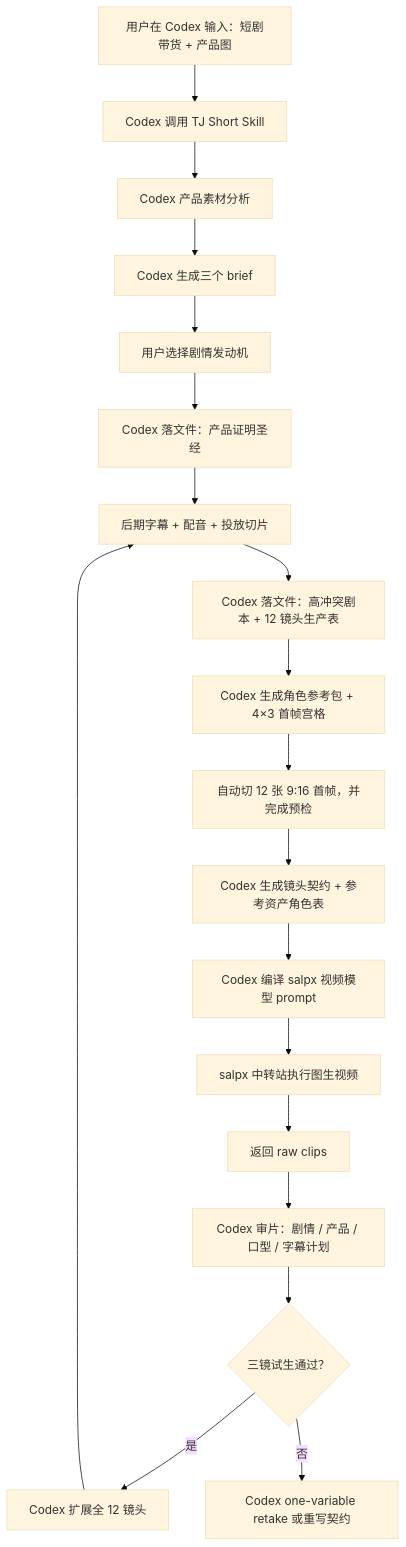
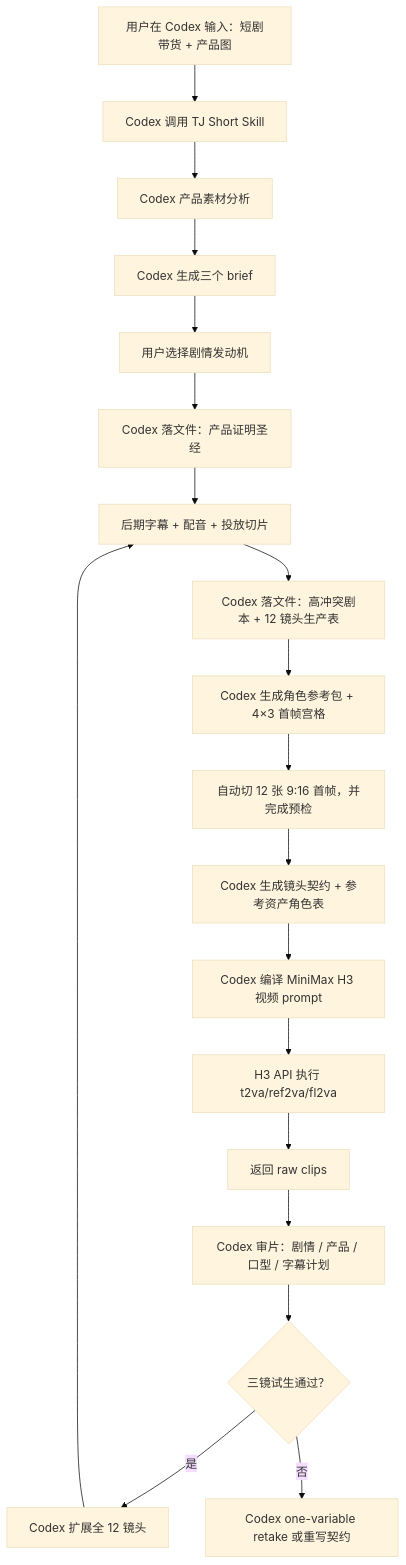
One commit to tttg2010/tj-short changed the diagram in README.md. Above: the diagram before and after it, drawn with Mermaid (base theme). The commit also changed other lines of this file and 10 other files, not shown here.

````diff
--- a/README.md
+++ b/README.md
@@ -170,21 +197,21 @@
 ```mermaid
 flowchart TD
   A["用户在 Codex 输入：短剧带货 + 产品图"] --> B["Codex 调用 TJ Short Skill"]
   B --> C["Codex 产品素材分析"]
   C --> D["Codex 生成三个 brief"]
   D --> E["用户选择剧情发动机"]
   E --> F["Codex 落文件：产品证明圣经"]
   F --> R["Codex 建立四库：角色 / 场景 / 产品道具 / 证据"]
   R --> G["Codex 落文件：高冲突剧本 + 12 镜头生产表"]
   G --> H["Codex 生成角色参考包 + 4×3 首帧宫格"]
   H --> I["自动切 12 张 9:16 首帧，并完成预检"]
   I --> J["Codex 生成镜头契约 + 参考资产角色表"]
-  J --> K["Codex 编译 salpx 视频模型 prompt"]
-  K --> L["salpx 中转站执行图生视频"]
+  J --> K["Codex 编译 MiniMax H3 视频 prompt"]
+  K --> L["H3 API 执行 t2va/ref2va/fl2va"]
   L --> M["返回 raw clips"]
   M --> N["Codex 审片：剧情 / 产品 / 口型 / 字幕计划"]
   N --> O{"三镜试生通过？"}
   O -- "是" --> P["Codex 扩展全 12 镜头"]
   O -- "否" --> Q["Codex one-variable retake 或重写契约"]
   P --> R["后期字幕 + 配音 + 投放切片"]
 ```
````
